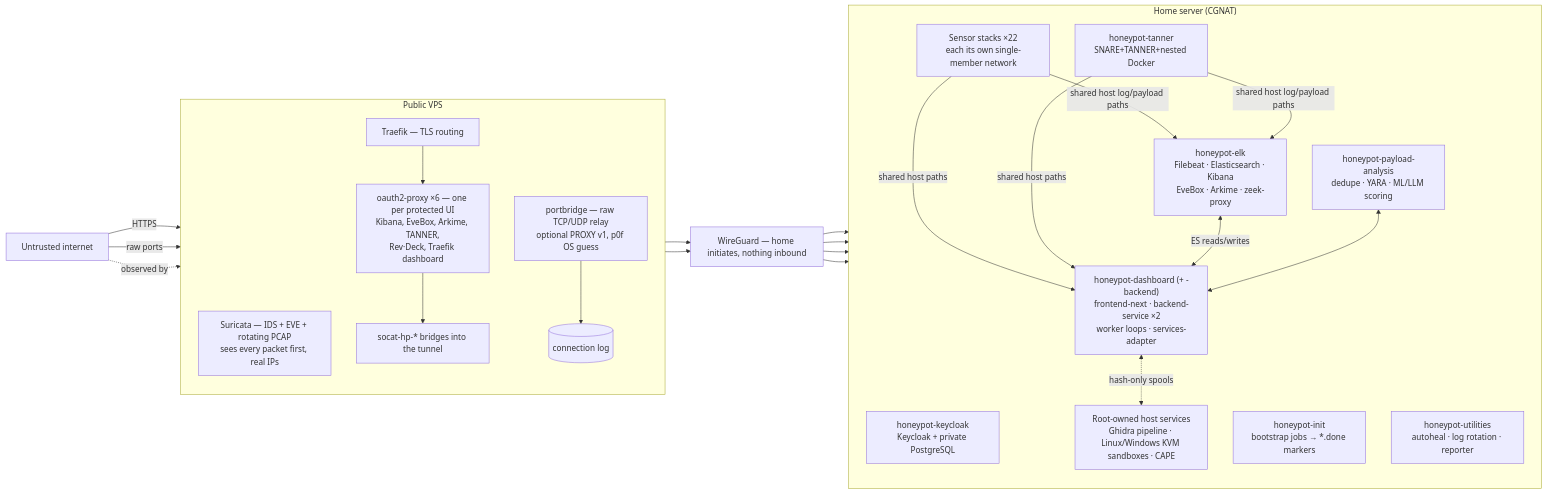
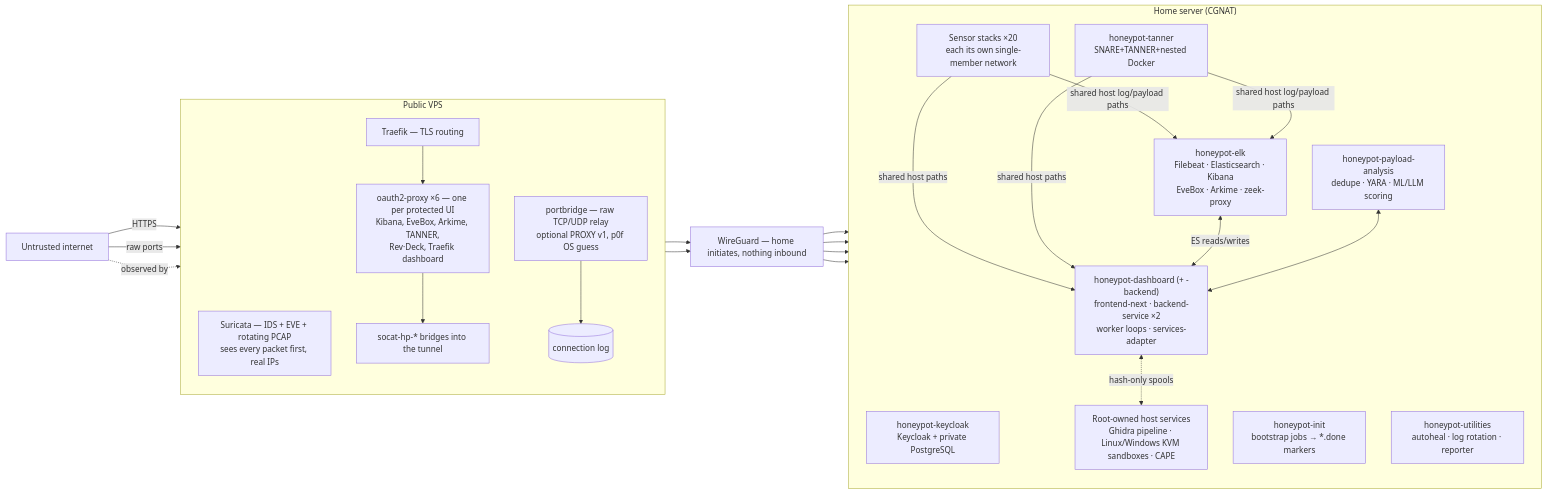
The first of 4 diagrams in docs/ARCHITECTURE.md (Xore/APIARY), drawn with Mermaid before and after one commit. The commit also changed other lines of this file and 84 other files, not shown here.

First line of the commit message:
docs: reconcile 43 markdown files with the current repository state, and gate diagram/link rot (#3398)

````diff
--- a/docs/ARCHITECTURE.md
+++ b/docs/ARCHITECTURE.md
@@ -39,42 +39,42 @@
 ```mermaid
 flowchart LR
   attacker["Untrusted internet"]
 
   subgraph vps["Public VPS"]
     direction TB
     suri["Suricata — IDS + EVE + rotating PCAP<br/>sees every packet first, real IPs"]
     traefik["Traefik — TLS routing"]
     oauth["oauth2-proxy ×6 — one per protected UI<br/>Kibana, EveBox, Arkime, TANNER,<br/>Rev·Deck, Traefik dashboard"]
     bridges["socat-hp-* bridges into the tunnel"]
     pb["portbridge — raw TCP/UDP relay<br/>optional PROXY v1, p0f OS guess"]
     connlog[("connection log")]
   end
 
   wg["WireGuard — home initiates, nothing inbound"]
 
   subgraph home["Home server (CGNAT)"]
     direction TB
     kc["honeypot-keycloak<br/>Keycloak + private PostgreSQL"]
     init["honeypot-init<br/>bootstrap jobs → *.done markers"]
-    sensors["Sensor stacks ×22<br/>each its own single-member network"]
+    sensors["Sensor stacks ×20<br/>each its own single-member network"]
     tanner["honeypot-tanner<br/>SNARE+TANNER+nested Docker"]
     elk["honeypot-elk<br/>Filebeat · Elasticsearch · Kibana<br/>EveBox · Arkime · zeek-proxy"]
     dash["honeypot-dashboard (+ -backend)<br/>frontend-next · backend-service ×2<br/>worker loops · services-adapter"]
     payloads["honeypot-payload-analysis<br/>dedupe · YARA · ML/LLM scoring"]
     utils["honeypot-utilities<br/>autoheal · log rotation · reporter"]
     host["Root-owned host services<br/>Ghidra pipeline · Linux/Windows KVM sandboxes · CAPE"]
   end
 
   attacker -->|"HTTPS"| traefik
   attacker -->|"raw ports"| pb
   attacker -.->|"observed by"| suri
   traefik --> oauth --> bridges
   pb --> connlog
   bridges & pb --> wg
   wg --> sensors & tanner & elk & dash
   sensors & tanner -->|"shared host log/payload paths"| elk
   sensors & tanner -->|"shared host paths"| dash
   elk <-->|"ES reads/writes"| dash
   payloads <--> dash
   dash <-.->|"hash-only spools"| host
 ```
````
